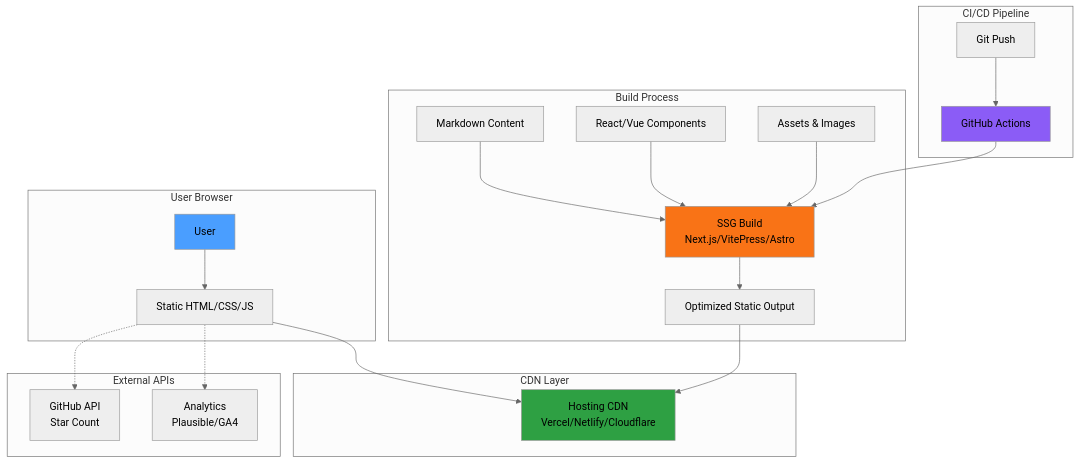
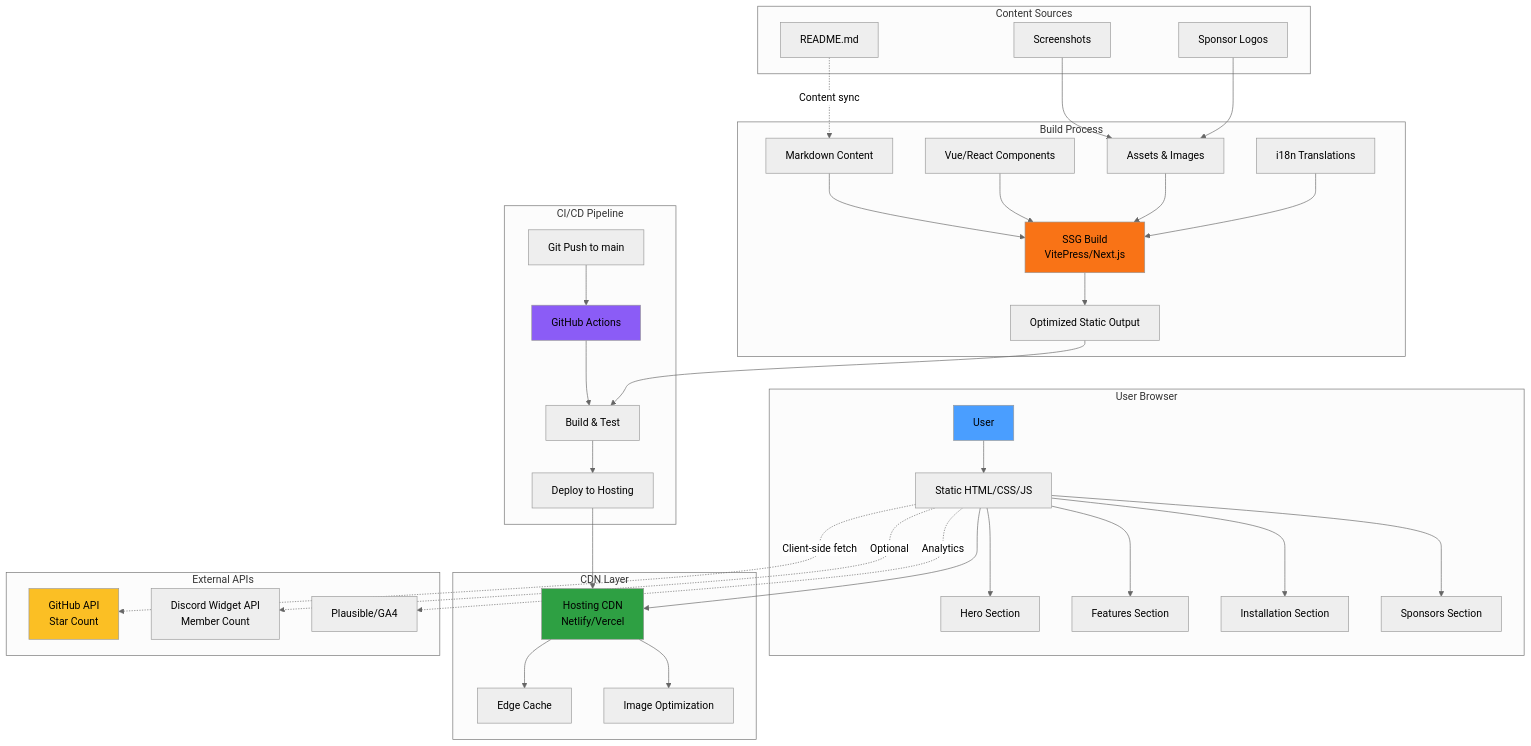
Before and after one commit to yetone/avante.nvim: the diagram in .something/prd.md, drawn with Mermaid (neutral theme). The commit also changed other lines of this file, not shown here.

First line of the commit message:
Sync database content to git yansu-system branch

````diff
--- a/.something/prd.md
+++ b/.something/prd.md
@@ -417,33 +656,50 @@
 ```mermaid
 graph TB
     subgraph "User Browser"
         A[User] --> B[Static HTML/CSS/JS]
+        B --> B1[Hero Section]
+        B --> B2[Features Section]
+        B --> B3[Installation Section]
+        B --> B4[Sponsors Section]
     end
 
     subgraph "CDN Layer"
-        B --> C[Hosting CDN<br/>Vercel/Netlify/Cloudflare]
+        B --> C[Hosting CDN<br/>Netlify/Vercel]
+        C --> C1[Edge Cache]
+        C --> C2[Image Optimization]
     end
 
     subgraph "Build Process"
-        D[Markdown Content] --> E[SSG Build<br/>Next.js/VitePress/Astro]
-        F[React/Vue Components] --> E
+        D[Markdown Content] --> E[SSG Build<br/>VitePress/Next.js]
+        F[Vue/React Components] --> E
         G[Assets & Images] --> E
-        E --> H[Optimized Static Output]
+        H[i18n Translations] --> E
+        E --> I[Optimized Static Output]
     end
 
     subgraph "CI/CD Pipeline"
-        I[Git Push] --> J[GitHub Actions]
-        J --> E
-        H --> C
+        J[Git Push to main] --> K[GitHub Actions]
+        K --> L[Build & Test]
+        L --> M[Deploy to Hosting]
+        M --> C
+        I --> L
     end
 
     subgraph "External APIs"
-        B -.-> K[GitHub API<br/>Star Count]
-        B -.-> L[Analytics<br/>Plausible/GA4]
+        B -.->|Client-side fetch| N[GitHub API<br/>Star Count]
+        B -.->|Optional| O[Discord Widget API<br/>Member Count]
+        B -.->|Analytics| P[Plausible/GA4]
+    end
+
+    subgraph "Content Sources"
+        Q[README.md] -.->|Content sync| D
+        R[Screenshots] --> G
+        S[Sponsor Logos] --> G
     end
 
     style A fill:#4a9eff
     style C fill:#2ea043
     style E fill:#f97316
-    style J fill:#8b5cf6
+    style K fill:#8b5cf6
+    style N fill:#fbbf24
 ```
````
